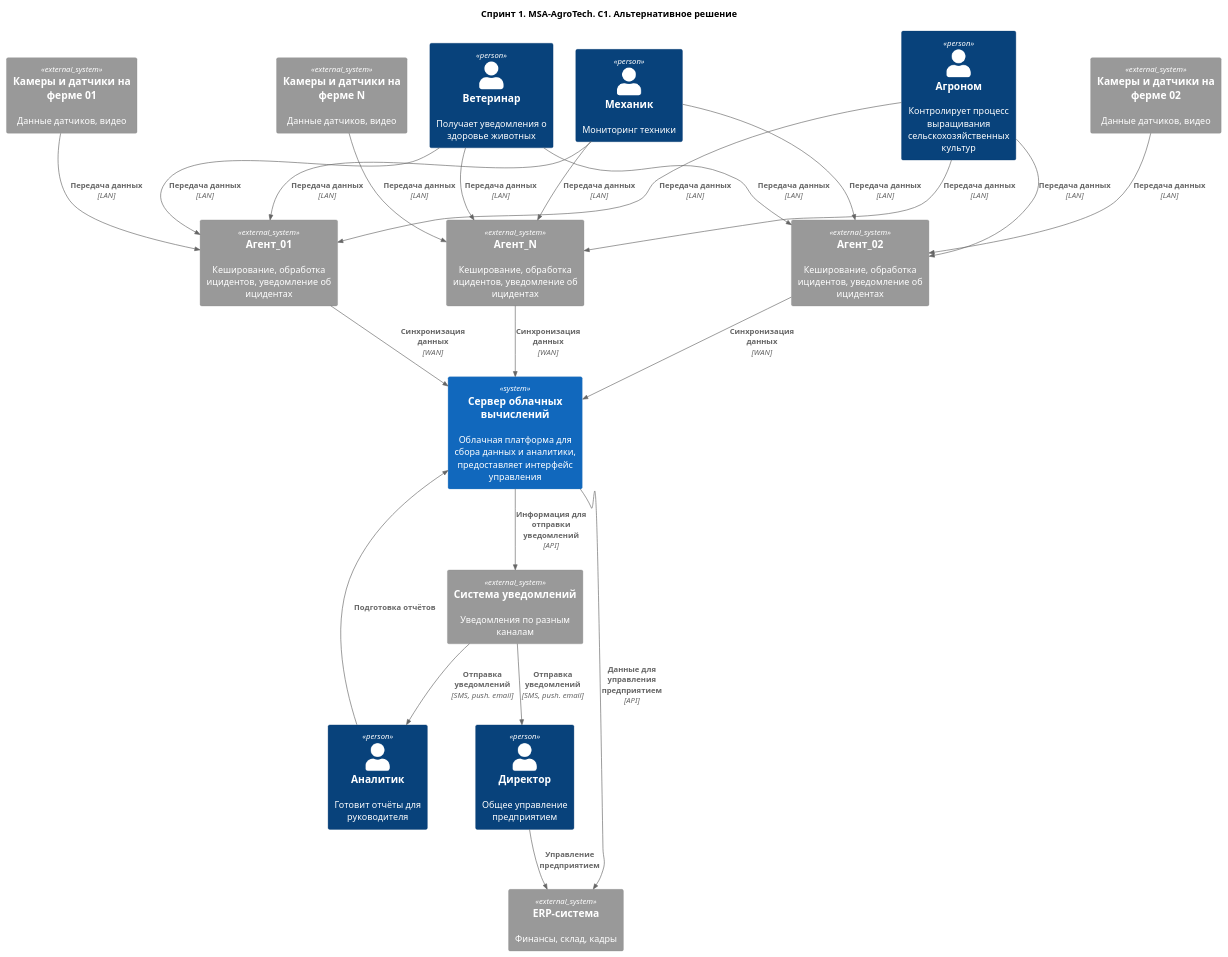
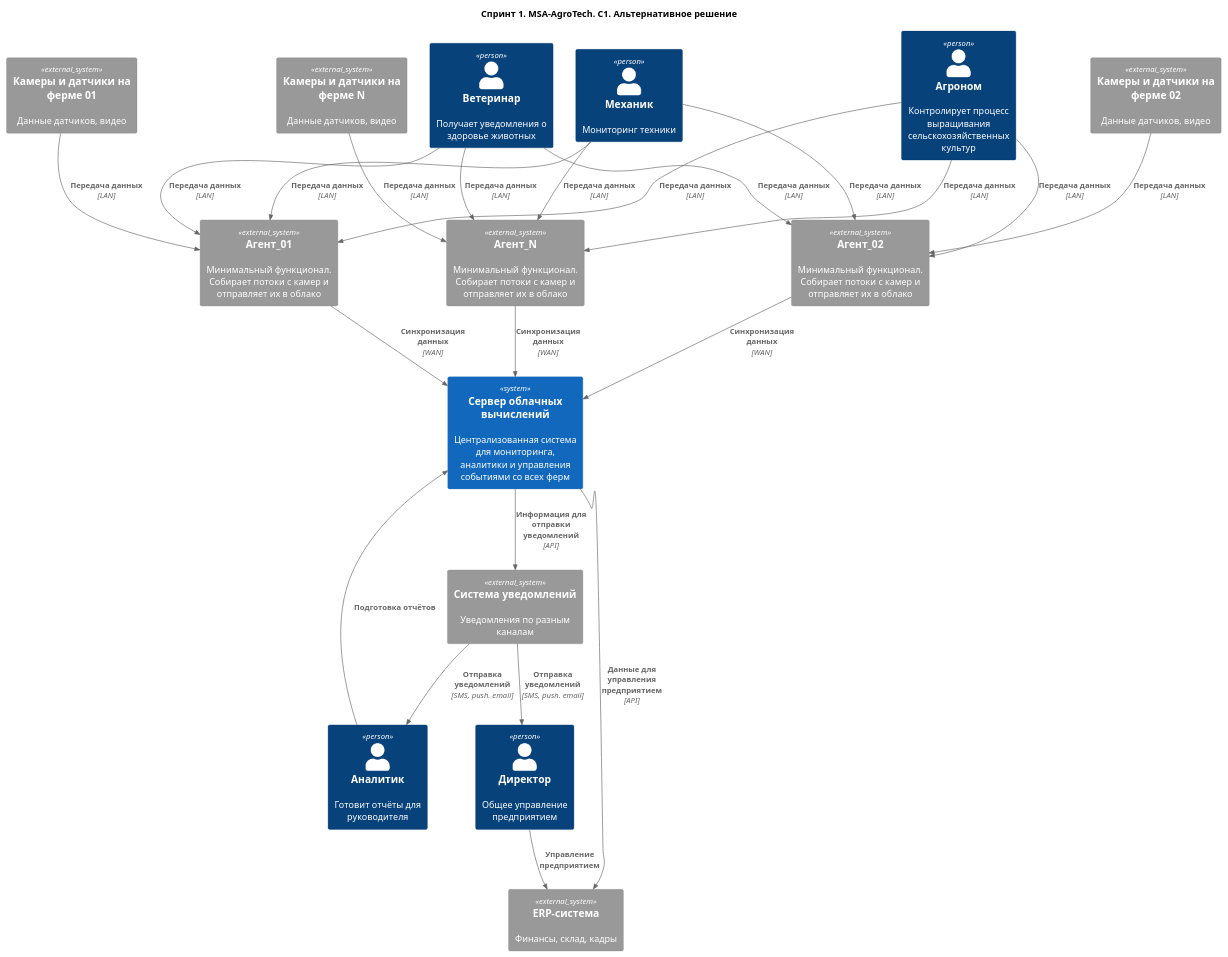
The diagram in Task1/02_task1_alt_c1.puml (EtGr84/MSA-AgroTech), drawn with PlantUML before and after one commit.

```diff
--- a/Task1/02_task1_alt_c1.puml
+++ b/Task1/02_task1_alt_c1.puml
@@ -1,54 +1,54 @@
 @startuml 
 
 !include <C4/C4_Context>
 
 title Спринт 1. MSA-AgroTech. C1. Альтернативное решение
 
 Person(mech, "Механик", "Мониторинг техники")
 Person(vet, "Ветеринар", "Получает уведомления о здоровье животных")
 Person(agro, "Агроном", "Контролирует процесс выращивания сельскохозяйственных культур")
 Person(analit, "Аналитик", "Готовит отчёты для руководителя")
 Person(director, "Директор", "Общее управление предприятием")
 
-System_Ext(farmAgent_1, "Агент_01", "Кеширование, обработка ицидентов, уведомление об ицидентах")
-System_Ext(farmAgent_2, "Агент_02", "Кеширование, обработка ицидентов, уведомление об ицидентах")
-System_Ext(farmAgent_N, "Агент_N", "Кеширование, обработка ицидентов, уведомление об ицидентах")
+System_Ext(farmAgent_1, "Агент_01", "Минимальный функционал. Собирает потоки с камер и отправляет их в облако")
+System_Ext(farmAgent_2, "Агент_02", "Минимальный функционал. Собирает потоки с камер и отправляет их в облако")
+System_Ext(farmAgent_N, "Агент_N", "Минимальный функционал. Собирает потоки с камер и отправляет их в облако")
 System_Ext(cameras_1, "Камеры и датчики на ферме 01", "Данные датчиков, видео")
 System_Ext(cameras_2, "Камеры и датчики на ферме 02", "Данные датчиков, видео")
 System_Ext(cameras_N, "Камеры и датчики на ферме N", "Данные датчиков, видео")
-System(saas, "Сервер облачных вычислений", "Облачная платформа для сбора данных и аналитики, предоставляет интерфейс управления")
+System(saas, "Сервер облачных вычислений", "Централизованная система для мониторинга, аналитики и управления событиями со всех ферм")
 System_Ext(notify, "Система уведомлений", "Уведомления по разным каналам")
 System_Ext(erp, "ERP-система", "Финансы, склад, кадры")
 'System_Ext(bi, "BI-система", "Подготовка очетов")
 
 
 Rel(cameras_1, farmAgent_1, "Передача данных", LAN)
 Rel(cameras_2, farmAgent_2, "Передача данных", LAN)
 Rel(cameras_N, farmAgent_N, "Передача данных", LAN)
 
 Rel(mech, farmAgent_1, "Передача данных", LAN)
 Rel(mech, farmAgent_2, "Передача данных", LAN)
 Rel(mech, farmAgent_N, "Передача данных", LAN)
 
 Rel(vet, farmAgent_1, "Передача данных", LAN)
 Rel(vet, farmAgent_2, "Передача данных", LAN)
 Rel(vet, farmAgent_N, "Передача данных", LAN)
 
 Rel(agro, farmAgent_1, "Передача данных", LAN)
 Rel(agro, farmAgent_2, "Передача данных", LAN)
 Rel(agro, farmAgent_N, "Передача данных", LAN)
 
 Rel(farmAgent_1, saas, "Синхронизация данных", WAN)
 Rel(farmAgent_2, saas, "Синхронизация данных", WAN)
 Rel(farmAgent_N, saas, "Синхронизация данных", WAN)
 
 Rel(saas, notify, "Информация для отправки уведомлений", "API")
 Rel(saas, erp, "Данные для управления предприятием", API)
 
 Rel(notify, director, "Отправка уведомлений", "SMS, push. email")
 Rel(notify, analit, "Отправка уведомлений", "SMS, push. email")
 Rel(director, erp, "Управление предприятием")
 Rel(analit, saas, "Подготовка отчётов")
 
 
 @enduml
```
